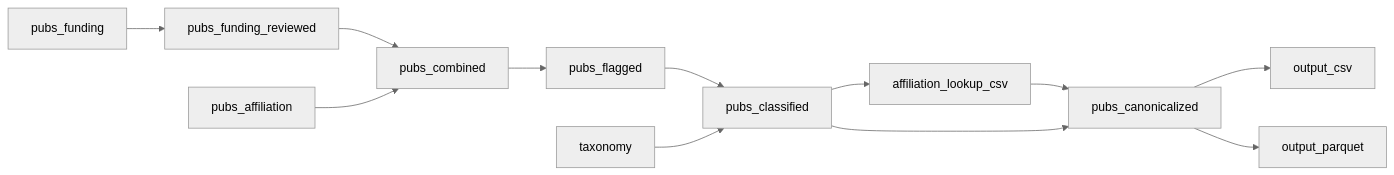
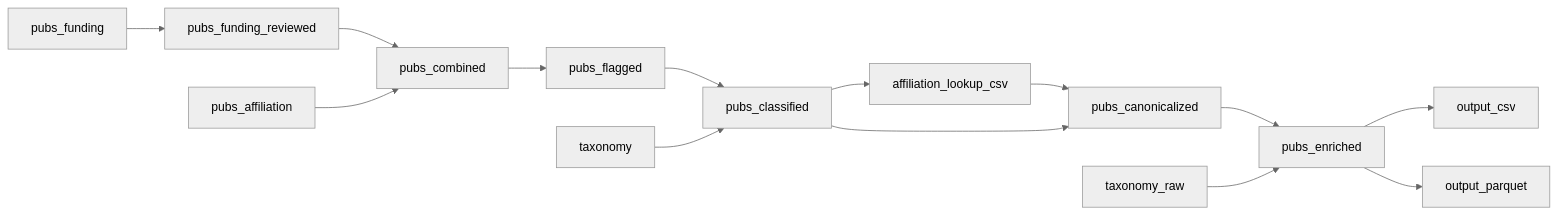
The diagram in PLAN.md (lucy-dwr/dwr-pub-inventory), drawn with Mermaid (neutral theme) before and after one commit. The commit also changed other lines of this file and 4 other files, not shown here.

````diff
--- a/PLAN.md
+++ b/PLAN.md
@@ -57,14 +57,16 @@
 ```mermaid
 flowchart LR
     pubs_funding   --> pubs_funding_reviewed
     pubs_funding_reviewed --> pubs_combined
     pubs_affiliation --> pubs_combined
     pubs_combined    --> pubs_flagged
     pubs_flagged     --> pubs_classified
     taxonomy         --> pubs_classified
     pubs_classified  --> affiliation_lookup_csv
     affiliation_lookup_csv --> pubs_canonicalized
     pubs_classified  --> pubs_canonicalized
-    pubs_canonicalized --> output_csv
-    pubs_canonicalized --> output_parquet
+    pubs_canonicalized --> pubs_enriched
+    taxonomy_raw       --> pubs_enriched
+    pubs_enriched --> output_csv
+    pubs_enriched --> output_parquet
 ```
````
